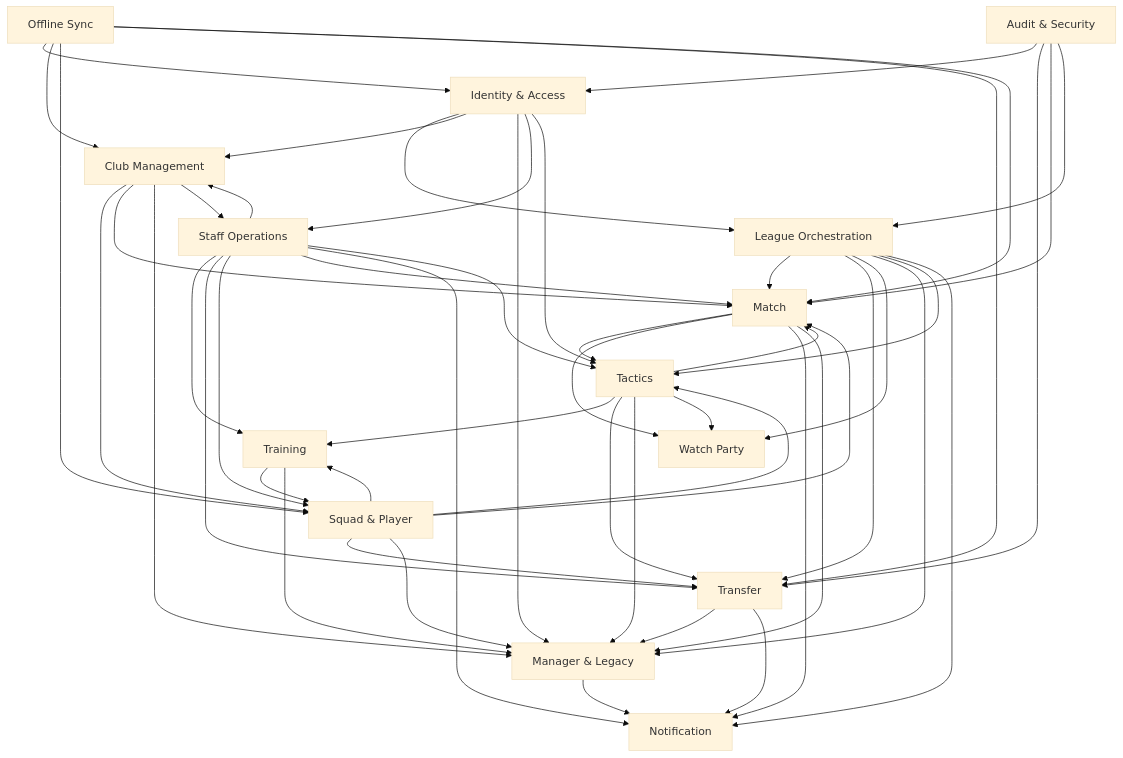
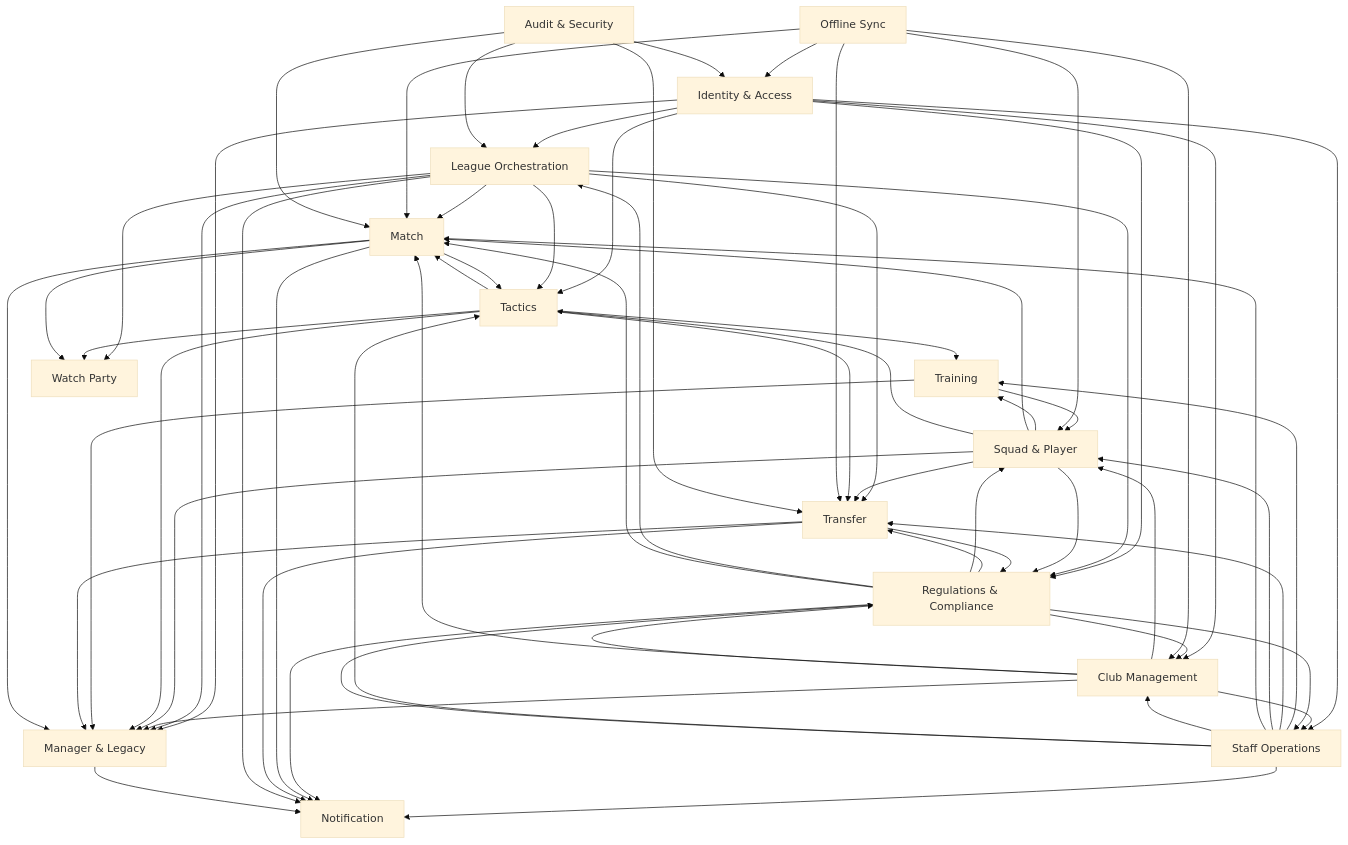
The diagram in docs/10-Architecture/bounded-context-map.md (EtroxTaran/klubhaus-elf), drawn with Mermaid (base theme) before and after one commit. The commit also changed other lines of this file and 6 other files, not shown here.

First line of the commit message:
[FMX-39] docs: ratify ADR-0056 + apply regulations-compliance map patch (#94)

````diff
--- a/docs/10-Architecture/bounded-context-map.md
+++ b/docs/10-Architecture/bounded-context-map.md
@@ -128,68 +152,82 @@
 ```mermaid
 flowchart TB
     Identity["Identity & Access"]
     League["League Orchestration"]
     Club["Club Management"]
     Squad["Squad & Player"]
     Training["Training"]
     Transfer["Transfer"]
     Match["Match"]
     WP["Watch Party"]
     Notif["Notification"]
     ML["Manager & Legacy"]
     Staff["Staff Operations"]
     Tactics["Tactics"]
+    Reg["Regulations & Compliance"]
     Offline["Offline Sync"]
     Audit["Audit & Security"]
 
     Identity --> League
     Identity --> Club
     Identity --> ML
     Identity --> Staff
     League --> Match
     League --> Transfer
     League --> WP
     League --> ML
     Club --> Squad
     Club --> Match
     Club --> ML
     Club --> Staff
     Squad --> Training
     Squad --> Transfer
     Squad --> Match
     Squad --> ML
     Staff --> Training
     Staff --> Transfer
     Staff --> Squad
     Staff --> Match
     Staff --> Club
     Staff --> Notif
     Staff --> Tactics
+    Staff --> Reg
     Identity --> Tactics
+    Identity --> Reg
     League --> Tactics
+    League --> Reg
     Squad --> Tactics
+    Squad --> Reg
+    Club --> Reg
     Match --> Tactics
+    Transfer --> Reg
     Tactics --> Match
     Tactics --> Training
     Tactics --> Transfer
     Tactics --> ML
     Tactics --> WP
+    Reg --> Transfer
+    Reg --> Squad
+    Reg --> Club
+    Reg --> League
+    Reg --> Staff
+    Reg --> Match
+    Reg --> Notif
     Training --> Squad
     Training --> ML
     Transfer --> ML
     Match --> WP
     Match --> Notif
     Match --> ML
     Transfer --> Notif
     League --> Notif
     ML --> Notif
     Offline --> Identity
     Offline --> Club
     Offline --> Squad
     Offline --> Transfer
     Offline --> Match
     Audit --> Identity
     Audit --> Transfer
     Audit --> Match
     Audit --> League
 ```
````
